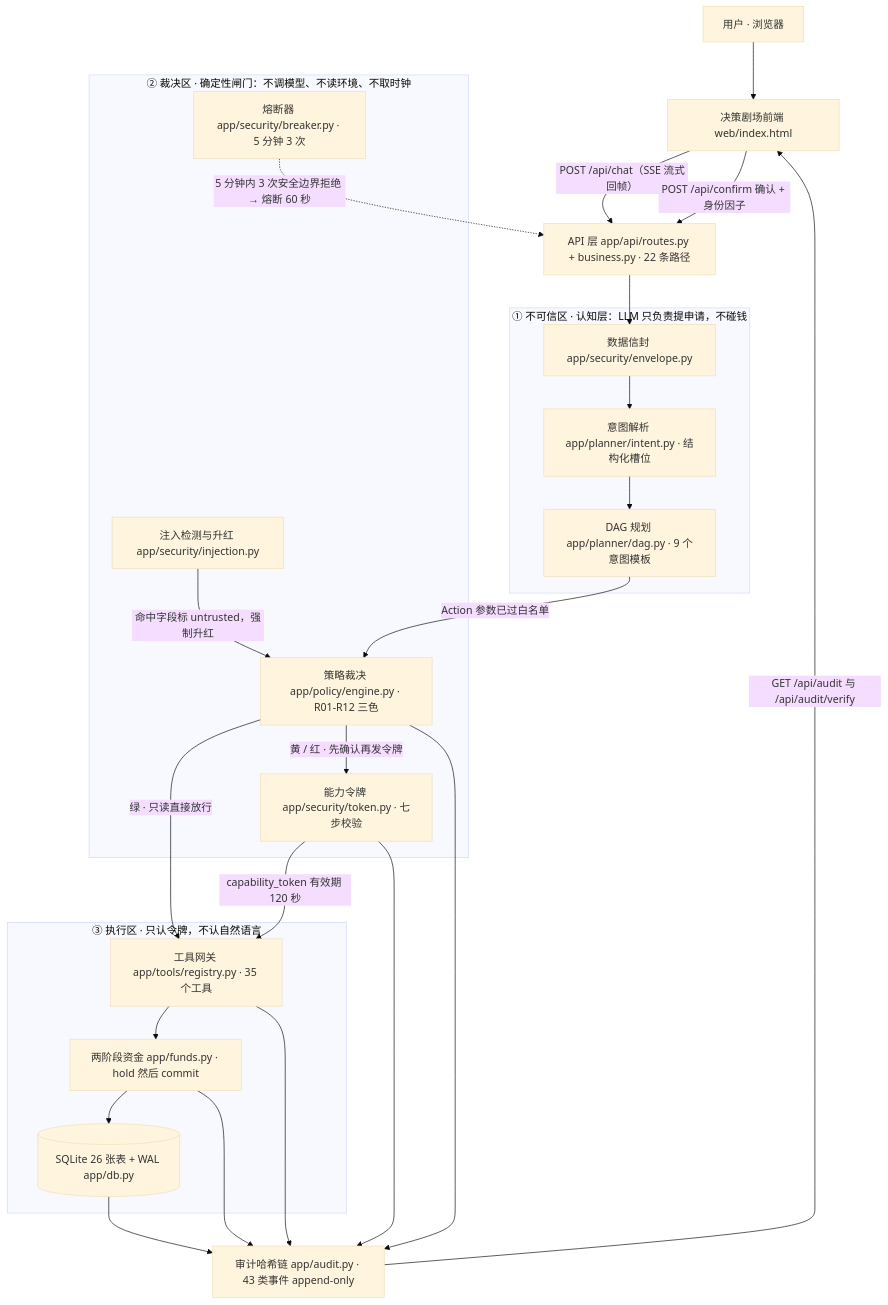
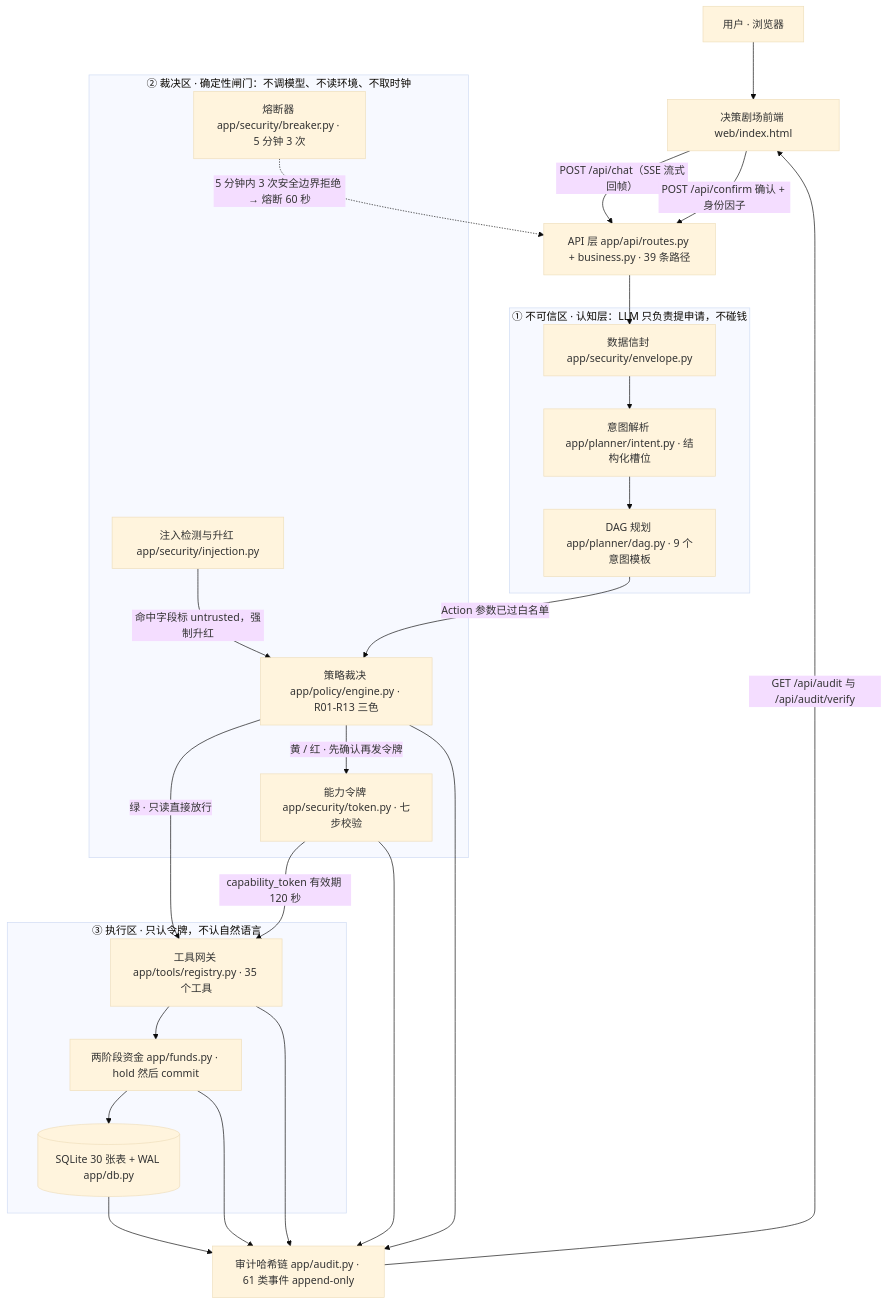
Before and after one commit to peng6yu/banking-agent: the diagram in docs/架构图.mmd, drawn with Mermaid (base theme). The commit also changed 80 other files, not shown here.

```diff
--- a/docs/架构图.mmd
+++ b/docs/架构图.mmd
@@ -1,42 +1,42 @@
 %% 银行 AI 智能体 · 分层架构图（mermaid flowchart）
 %% 生成命令：PUPPETEER_EXECUTABLE_PATH=/usr/bin/google-chrome npx @mermaid-js/mermaid-cli -i docs/架构图.mmd -o docs/架构图.svg
 flowchart TD
     U["用户 · 浏览器"] --> FE["决策剧场前端 web/index.html"]
-    FE -->|"POST /api/chat（SSE 流式回帧）"| API["API 层 app/api/routes.py + business.py · 22 条路径"]
+    FE -->|"POST /api/chat（SSE 流式回帧）"| API["API 层 app/api/routes.py + business.py · 39 条路径"]
     FE -->|"POST /api/confirm 确认 + 身份因子"| API
 
     subgraph L1["① 不可信区 · 认知层：LLM 只负责提申请，不碰钱"]
         ENV["数据信封 app/security/envelope.py"]
         INT["意图解析 app/planner/intent.py · 结构化槽位"]
         DAG["DAG 规划 app/planner/dag.py · 9 个意图模板"]
     end
 
     subgraph L2["② 裁决区 · 确定性闸门：不调模型、不读环境、不取时钟"]
         INJ["注入检测与升红 app/security/injection.py"]
-        PE["策略裁决 app/policy/engine.py · R01-R12 三色"]
+        PE["策略裁决 app/policy/engine.py · R01-R13 三色"]
         TK["能力令牌 app/security/token.py · 七步校验"]
         BRK["熔断器 app/security/breaker.py · 5 分钟 3 次"]
     end
 
     subgraph L3["③ 执行区 · 只认令牌，不认自然语言"]
         REG["工具网关 app/tools/registry.py · 35 个工具"]
         FND["两阶段资金 app/funds.py · hold 然后 commit"]
-        DB[("SQLite 26 张表 + WAL app/db.py")]
+        DB[("SQLite 30 张表 + WAL app/db.py")]
     end
 
-    AUD["审计哈希链 app/audit.py · 43 类事件 append-only"]
+    AUD["审计哈希链 app/audit.py · 61 类事件 append-only"]
 
     API --> ENV --> INT --> DAG
     DAG -->|"Action 参数已过白名单"| PE
     INJ -->|"命中字段标 untrusted，强制升红"| PE
     PE -->|"绿 · 只读直接放行"| REG
     PE -->|"黄 / 红 · 先确认再发令牌"| TK
     TK -->|"capability_token 有效期 120 秒"| REG
     BRK -.->|"5 分钟内 3 次安全边界拒绝 → 熔断 60 秒"| API
     REG --> FND --> DB
     REG --> AUD
     FND --> AUD
     PE --> AUD
     TK --> AUD
     DB --> AUD
     AUD -->|"GET /api/audit 与 /api/audit/verify"| FE
```
